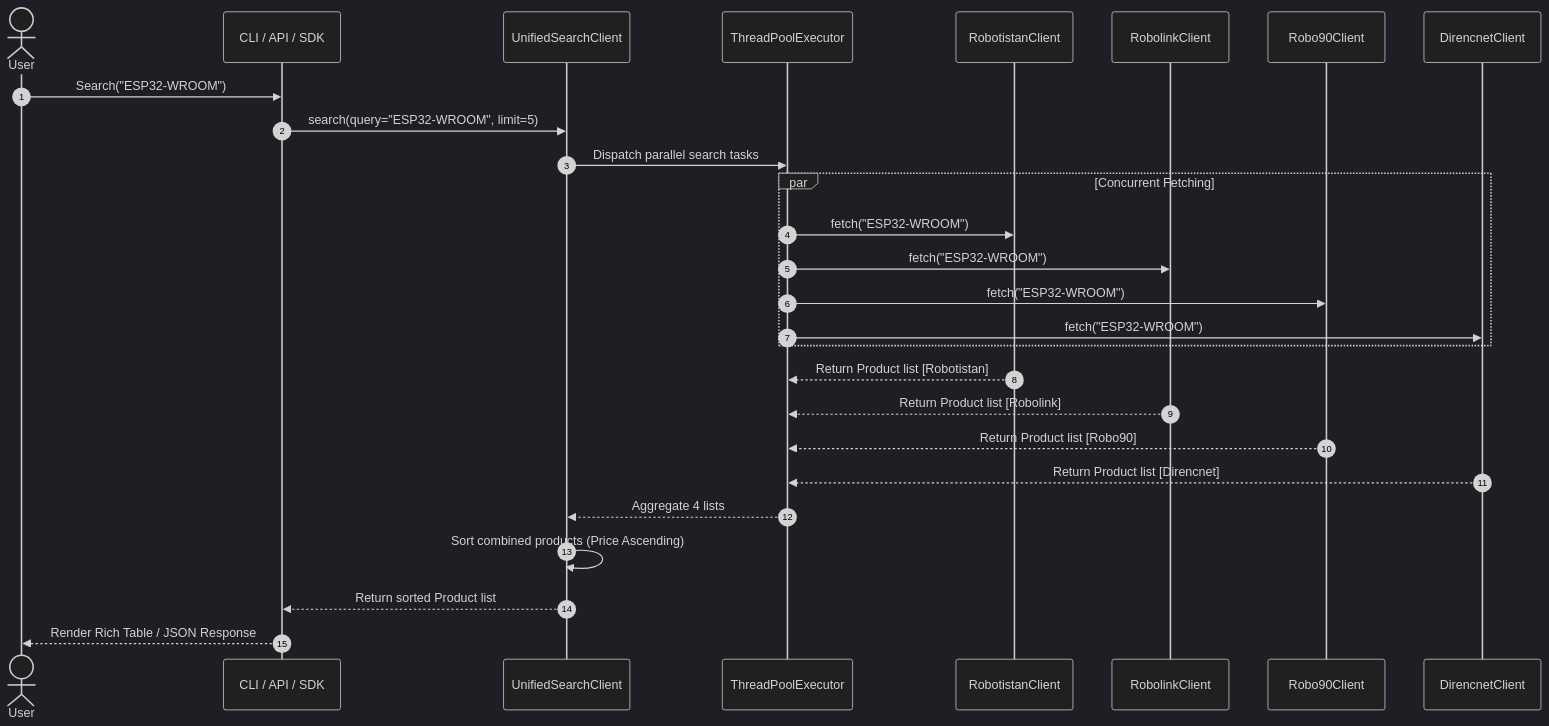
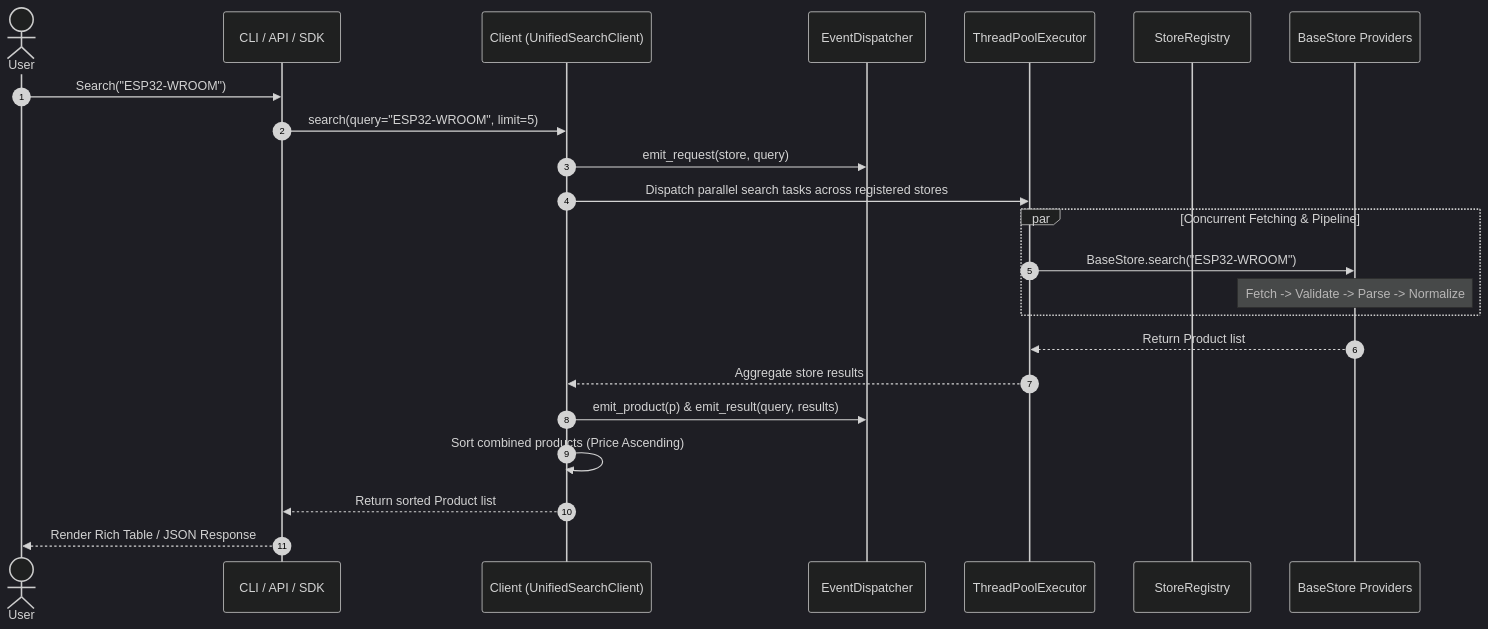
One commit to AtaCanYmc/robo-market-search changed the diagram in docs/architecture.md. Above: the diagram before and after it, drawn with Mermaid (dark theme). The commit also changed other lines of this file and 19 other files, not shown here.

Commit message:
feat: implement BaseStore interface and custom exceptions for store providers

````diff
--- a/docs/architecture.md
+++ b/docs/architecture.md
@@ -72,30 +75,26 @@
 ```mermaid
 sequenceDiagram
     autonumber
     actor User
     participant CLI as CLI / API / SDK
-    participant Unified as UnifiedSearchClient
+    participant Client as Client (UnifiedSearchClient)
+    participant Events as EventDispatcher
     participant TP as ThreadPoolExecutor
-    participant R1 as RobotistanClient
-    participant R2 as RobolinkClient
-    participant R3 as Robo90Client
-    participant R4 as DirencnetClient
+    participant Registry as StoreRegistry
+    participant Stores as BaseStore Providers
 
     User->>CLI: Search("ESP32-WROOM")
-    CLI->>Unified: search(query="ESP32-WROOM", limit=5)
-    Unified->>TP: Dispatch parallel search tasks
-    par Concurrent Fetching
-        TP->>R1: fetch("ESP32-WROOM")
-        TP->>R2: fetch("ESP32-WROOM")
-        TP->>R3: fetch("ESP32-WROOM")
-        TP->>R4: fetch("ESP32-WROOM")
+    CLI->>Client: search(query="ESP32-WROOM", limit=5)
+    Client->>Events: emit_request(store, query)
+    Client->>TP: Dispatch parallel search tasks across registered stores
+    par Concurrent Fetching & Pipeline
+        TP->>Stores: BaseStore.search("ESP32-WROOM")
+        Note over Stores: Fetch -> Validate -> Parse -> Normalize
     end
-    R1-->>TP: Return Product list [Robotistan]
-    R2-->>TP: Return Product list [Robolink]
-    R3-->>TP: Return Product list [Robo90]
-    R4-->>TP: Return Product list [Direncnet]
-    TP-->>Unified: Aggregate 4 lists
-    Unified->>Unified: Sort combined products (Price Ascending)
-    Unified-->>CLI: Return sorted Product list
+    Stores-->>TP: Return Product list
+    TP-->>Client: Aggregate store results
+    Client->>Events: emit_product(p) & emit_result(query, results)
+    Client->>Client: Sort combined products (Price Ascending)
+    Client-->>CLI: Return sorted Product list
     CLI-->>User: Render Rich Table / JSON Response
 ```
````
